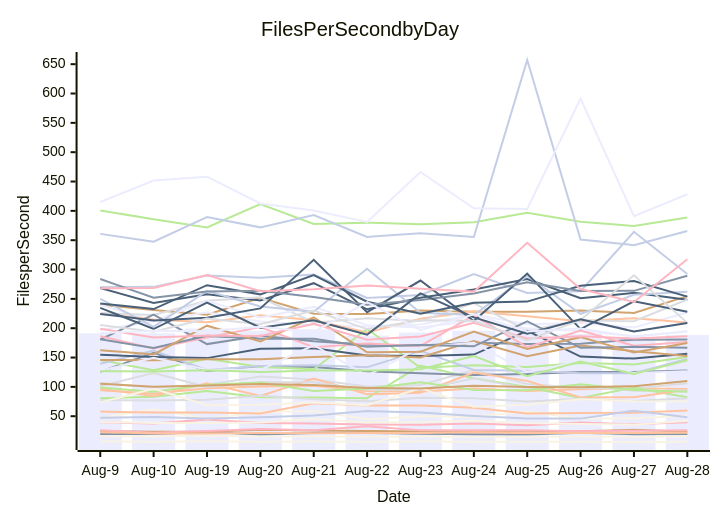
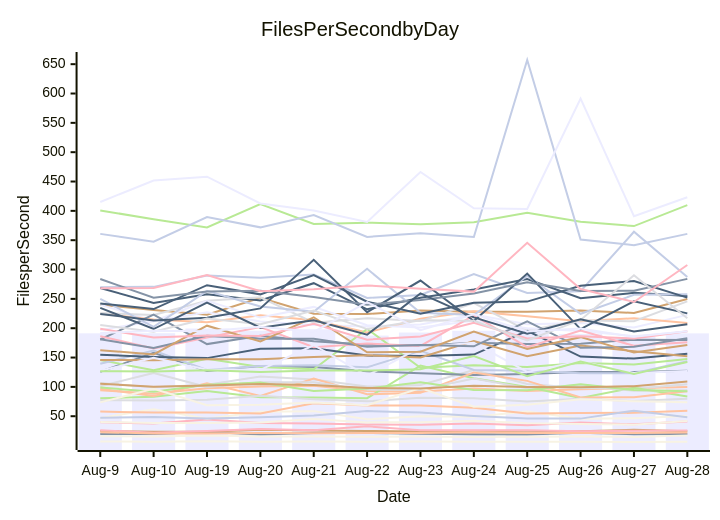
Before and after one commit to streetsidesoftware/cspell: the diagram in perf-report.md, drawn with Mermaid. The commit also changed other lines of this file and 2 other files, not shown here.

````diff
--- a/perf-report.md
+++ b/perf-report.md
@@ -11,57 +11,57 @@
 ```mermaid
 xychart-beta
     title Files Per Second by Day
     y-axis Files per Second
     x-axis Date [Aug-9, Aug-10, Aug-19, Aug-20, Aug-21, Aug-22, Aug-23, Aug-24, Aug-25, Aug-26, Aug-27, Aug-28]
-    bar [191.27, 191.48, 199.45, 195.67, 198.22, 187.40, 192.61, 195.61, 200.69, 190.24, 185.15, 188.43]
-    line [19.76, 19.87, 23.15, 18.80, 21.30, 21.70, 20.11, 19.24, 18.97, 21.74, 19.44, 19.67]
-    line [94.45, 88.13, 97.66, 100.71, 101.93, 92.80, 92.11, 97.07, 92.83, 96.14, 97.78, 96.24]
-    line [106.66, 99.38, 103.80, 117.71, 112.47, 100.50, 103.30, 128.71, 104.89, 98.28, 96.78, 106.07]
-    line [80.61, 83.15, 92.81, 82.44, 81.86, 80.75, 136.22, 114.72, 99.92, 81.00, 98.60, 82.32]
-    line [239.79, 231.09, 223.10, 252.00, 224.60, 224.17, 230.06, 227.93, 228.22, 229.99, 225.97, 254.72]
-    line [269.81, 270.47, 289.77, 286.14, 291.59, 251.52, 256.69, 292.19, 260.02, 262.94, 364.38, 292.31]
-    line [39.52, 37.52, 44.46, 38.46, 37.42, 35.96, 35.65, 37.61, 34.82, 39.47, 36.12, 39.62]
-    line [268.54, 243.09, 257.77, 247.18, 276.72, 232.23, 252.08, 266.01, 283.94, 251.01, 260.27, 248.33]
-    line [6.78, 6.60, 7.51, 6.38, 6.72, 6.55, 6.77, 6.55, 6.58, 6.64, 6.06, 6.51]
-    line [240.17, 211.99, 227.00, 211.38, 205.51, 203.10, 206.43, 223.33, 206.89, 208.72, 201.20, 226.82]
-    line [125.68, 158.27, 127.25, 135.61, 133.76, 126.70, 123.28, 120.42, 121.90, 125.42, 125.26, 127.98]
-    line [225.24, 214.74, 210.02, 221.88, 213.58, 192.56, 216.27, 228.68, 220.47, 211.98, 216.89, 209.65]
-    line [225.91, 222.58, 246.74, 252.74, 209.47, 217.12, 212.13, 242.98, 195.81, 213.43, 211.78, 248.99]
-    line [145.75, 128.32, 148.05, 133.76, 130.09, 198.58, 132.66, 136.89, 133.84, 140.74, 138.14, 151.08]
-    line [24.65, 23.72, 23.68, 26.94, 25.51, 24.79, 23.76, 23.53, 22.75, 24.32, 26.78, 23.32]
-    line [139.45, 161.93, 128.87, 135.71, 136.66, 133.36, 161.38, 128.87, 127.62, 123.35, 123.11, 147.46]
-    line [25.95, 22.03, 24.86, 28.29, 26.21, 32.71, 26.20, 26.09, 26.00, 24.43, 25.37, 25.96]
-    line [154.75, 150.93, 149.02, 164.86, 165.64, 153.35, 152.64, 155.02, 195.52, 151.70, 148.17, 156.56]
-    line [15.80, 15.53, 17.25, 15.28, 15.49, 14.84, 15.46, 14.39, 15.01, 15.63, 14.69, 16.01]
-    line [196.97, 211.99, 246.59, 218.10, 236.31, 204.94, 201.38, 212.81, 200.01, 195.34, 186.50, 194.55]
-    line [180.75, 223.35, 172.94, 187.16, 177.68, 172.01, 170.49, 175.09, 173.22, 173.59, 180.48, 180.79]
-    line [96.93, 84.41, 106.12, 84.61, 114.12, 87.31, 89.99, 124.55, 110.24, 81.92, 82.24, 95.16]
-    line [77.16, 76.75, 77.91, 84.91, 78.76, 75.34, 81.46, 80.77, 74.97, 79.78, 75.90, 80.63]
-    line [400.74, 385.62, 371.65, 411.46, 377.61, 379.88, 377.18, 380.64, 396.91, 381.52, 374.08, 388.74]
-    line [145.79, 145.58, 147.10, 147.08, 151.07, 153.94, 150.27, 178.09, 152.08, 170.66, 160.71, 152.84]
-    line [249.96, 202.34, 263.67, 236.99, 228.06, 301.20, 226.40, 222.40, 289.06, 224.56, 256.87, 262.17]
-    line [186.27, 165.43, 184.07, 202.12, 167.51, 173.85, 169.85, 221.75, 167.75, 195.90, 170.00, 176.62]
-    line [224.37, 213.27, 217.89, 233.79, 316.48, 227.32, 281.23, 212.31, 293.11, 198.49, 245.94, 227.97]
-    line [47.00, 61.84, 45.89, 57.63, 58.67, 44.77, 49.92, 49.06, 57.90, 45.60, 46.71, 50.73]
-    line [127.47, 149.55, 129.16, 129.10, 170.99, 119.13, 167.47, 175.06, 125.57, 143.51, 123.67, 126.63]
-    line [181.18, 166.12, 186.93, 181.85, 181.88, 168.34, 171.35, 169.12, 211.70, 166.64, 168.34, 166.66]
-    line [57.90, 56.15, 56.35, 54.76, 71.89, 68.47, 68.09, 64.39, 54.76, 55.64, 55.71, 59.62]
-    line [101.07, 123.80, 99.87, 108.06, 107.98, 95.34, 94.96, 114.12, 97.84, 103.09, 93.25, 93.93]
-    line [98.84, 91.76, 103.43, 107.49, 93.08, 97.11, 107.90, 94.53, 94.47, 104.38, 94.67, 91.68]
-    line [162.48, 155.40, 204.32, 177.59, 218.64, 159.00, 159.79, 194.26, 164.45, 184.75, 158.60, 174.61]
-    line [360.76, 347.31, 389.41, 371.89, 392.82, 355.53, 361.83, 355.43, 657.12, 351.25, 341.51, 365.53]
-    line [198.91, 184.05, 187.41, 186.67, 207.48, 180.49, 185.92, 209.38, 182.67, 186.49, 182.43, 186.13]
-    line [242.10, 232.62, 273.32, 257.69, 290.62, 245.10, 224.83, 243.49, 245.36, 272.30, 280.33, 253.77]
-    line [73.60, 96.61, 68.89, 69.48, 73.38, 68.77, 97.84, 66.15, 69.59, 78.77, 75.57, 75.12]
-    line [415.14, 451.69, 458.22, 412.53, 400.53, 380.98, 466.37, 404.40, 403.18, 591.49, 390.96, 428.24]
-    line [283.77, 252.09, 262.36, 263.68, 253.37, 240.18, 248.22, 259.20, 278.18, 263.50, 263.68, 289.46]
-    line [22.84, 20.59, 20.47, 21.22, 20.90, 21.42, 21.40, 22.88, 21.36, 21.22, 21.19, 21.79]
-    line [205.56, 193.98, 216.67, 206.61, 230.20, 198.53, 213.69, 212.64, 179.07, 214.07, 290.22, 209.09]
-    line [126.64, 126.17, 128.45, 125.27, 127.94, 127.77, 130.20, 152.67, 118.34, 143.02, 122.15, 145.40]
-    line [105.46, 100.11, 102.43, 104.89, 103.21, 98.21, 97.36, 101.78, 100.00, 99.58, 101.28, 109.89]
-    line [47.26, 48.66, 46.00, 48.26, 51.42, 58.83, 56.30, 50.38, 45.97, 45.91, 59.43, 48.34]
-    line [268.09, 268.70, 290.78, 262.94, 266.60, 272.93, 267.45, 262.37, 345.57, 266.69, 244.68, 317.68]
-    line [234.76, 198.61, 243.75, 200.90, 213.71, 188.91, 259.37, 218.53, 190.79, 215.33, 194.36, 209.04]
-    line [39.98, 38.63, 38.64, 39.11, 45.24, 39.50, 39.66, 42.07, 38.23, 36.94, 35.58, 42.23]
-    line [192.03, 195.48, 194.87, 202.54, 193.62, 244.63, 196.70, 223.56, 194.58, 199.46, 185.25, 194.62]
+    bar [191.27, 191.48, 199.45, 195.67, 198.22, 187.40, 192.61, 195.61, 200.69, 190.24, 185.15, 191.23]
+    line [19.76, 19.87, 23.15, 18.80, 21.30, 21.70, 20.11, 19.24, 18.97, 21.74, 19.44, 19.50]
+    line [94.45, 88.13, 97.66, 100.71, 101.93, 92.80, 92.11, 97.07, 92.83, 96.14, 97.78, 99.79]
+    line [106.66, 99.38, 103.80, 117.71, 112.47, 100.50, 103.30, 128.71, 104.89, 98.28, 96.78, 104.60]
+    line [80.61, 83.15, 92.81, 82.44, 81.86, 80.75, 136.22, 114.72, 99.92, 81.00, 98.60, 83.62]
+    line [239.79, 231.09, 223.10, 252.00, 224.60, 224.17, 230.06, 227.93, 228.22, 229.99, 225.97, 249.68]
+    line [269.81, 270.47, 289.77, 286.14, 291.59, 251.52, 256.69, 292.19, 260.02, 262.94, 364.38, 287.21]
+    line [39.52, 37.52, 44.46, 38.46, 37.42, 35.96, 35.65, 37.61, 34.82, 39.47, 36.12, 40.86]
+    line [268.54, 243.09, 257.77, 247.18, 276.72, 232.23, 252.08, 266.01, 283.94, 251.01, 260.27, 254.92]
+    line [6.78, 6.60, 7.51, 6.38, 6.72, 6.55, 6.77, 6.55, 6.58, 6.64, 6.06, 6.53]
+    line [240.17, 211.99, 227.00, 211.38, 205.51, 203.10, 206.43, 223.33, 206.89, 208.72, 201.20, 222.72]
+    line [125.68, 158.27, 127.25, 135.61, 133.76, 126.70, 123.28, 120.42, 121.90, 125.42, 125.26, 127.33]
+    line [225.24, 214.74, 210.02, 221.88, 213.58, 192.56, 216.27, 228.68, 220.47, 211.98, 216.89, 208.83]
+    line [225.91, 222.58, 246.74, 252.74, 209.47, 217.12, 212.13, 242.98, 195.81, 213.43, 211.78, 245.83]
+    line [145.75, 128.32, 148.05, 133.76, 130.09, 198.58, 132.66, 136.89, 133.84, 140.74, 138.14, 147.54]
+    line [24.65, 23.72, 23.68, 26.94, 25.51, 24.79, 23.76, 23.53, 22.75, 24.32, 26.78, 24.44]
+    line [139.45, 161.93, 128.87, 135.71, 136.66, 133.36, 161.38, 128.87, 127.62, 123.35, 123.11, 143.71]
+    line [25.95, 22.03, 24.86, 28.29, 26.21, 32.71, 26.20, 26.09, 26.00, 24.43, 25.37, 25.72]
+    line [154.75, 150.93, 149.02, 164.86, 165.64, 153.35, 152.64, 155.02, 195.52, 151.70, 148.17, 156.31]
+    line [15.80, 15.53, 17.25, 15.28, 15.49, 14.84, 15.46, 14.39, 15.01, 15.63, 14.69, 17.08]
+    line [196.97, 211.99, 246.59, 218.10, 236.31, 204.94, 201.38, 212.81, 200.01, 195.34, 186.50, 194.59]
+    line [180.75, 223.35, 172.94, 187.16, 177.68, 172.01, 170.49, 175.09, 173.22, 173.59, 180.48, 179.74]
+    line [96.93, 84.41, 106.12, 84.61, 114.12, 87.31, 89.99, 124.55, 110.24, 81.92, 82.24, 92.49]
+    line [77.16, 76.75, 77.91, 84.91, 78.76, 75.34, 81.46, 80.77, 74.97, 79.78, 75.90, 79.64]
+    line [400.74, 385.62, 371.65, 411.46, 377.61, 379.88, 377.18, 380.64, 396.91, 381.52, 374.08, 409.79]
+    line [145.79, 145.58, 147.10, 147.08, 151.07, 153.94, 150.27, 178.09, 152.08, 170.66, 160.71, 152.01]
+    line [249.96, 202.34, 263.67, 236.99, 228.06, 301.20, 226.40, 222.40, 289.06, 224.56, 256.87, 257.70]
+    line [186.27, 165.43, 184.07, 202.12, 167.51, 173.85, 169.85, 221.75, 167.75, 195.90, 170.00, 175.89]
+    line [224.37, 213.27, 217.89, 233.79, 316.48, 227.32, 281.23, 212.31, 293.11, 198.49, 245.94, 225.24]
+    line [47.00, 61.84, 45.89, 57.63, 58.67, 44.77, 49.92, 49.06, 57.90, 45.60, 46.71, 50.51]
+    line [127.47, 149.55, 129.16, 129.10, 170.99, 119.13, 167.47, 175.06, 125.57, 143.51, 123.67, 127.21]
+    line [181.18, 166.12, 186.93, 181.85, 181.88, 168.34, 171.35, 169.12, 211.70, 166.64, 168.34, 182.86]
+    line [57.90, 56.15, 56.35, 54.76, 71.89, 68.47, 68.09, 64.39, 54.76, 55.64, 55.71, 59.28]
+    line [101.07, 123.80, 99.87, 108.06, 107.98, 95.34, 94.96, 114.12, 97.84, 103.09, 93.25, 94.27]
+    line [98.84, 91.76, 103.43, 107.49, 93.08, 97.11, 107.90, 94.53, 94.47, 104.38, 94.67, 92.38]
+    line [162.48, 155.40, 204.32, 177.59, 218.64, 159.00, 159.79, 194.26, 164.45, 184.75, 158.60, 171.47]
+    line [360.76, 347.31, 389.41, 371.89, 392.82, 355.53, 361.83, 355.43, 657.12, 351.25, 341.51, 360.76]
+    line [198.91, 184.05, 187.41, 186.67, 207.48, 180.49, 185.92, 209.38, 182.67, 186.49, 182.43, 194.97]
+    line [242.10, 232.62, 273.32, 257.69, 290.62, 245.10, 224.83, 243.49, 245.36, 272.30, 280.33, 252.18]
+    line [73.60, 96.61, 68.89, 69.48, 73.38, 68.77, 97.84, 66.15, 69.59, 78.77, 75.57, 73.80]
+    line [415.14, 451.69, 458.22, 412.53, 400.53, 380.98, 466.37, 404.40, 403.18, 591.49, 390.96, 423.25]
+    line [283.77, 252.09, 262.36, 263.68, 253.37, 240.18, 248.22, 259.20, 278.18, 263.50, 263.68, 284.05]
+    line [22.84, 20.59, 20.47, 21.22, 20.90, 21.42, 21.40, 22.88, 21.36, 21.22, 21.19, 22.04]
+    line [205.56, 193.98, 216.67, 206.61, 230.20, 198.53, 213.69, 212.64, 179.07, 214.07, 290.22, 216.81]
+    line [126.64, 126.17, 128.45, 125.27, 127.94, 127.77, 130.20, 152.67, 118.34, 143.02, 122.15, 142.33]
+    line [105.46, 100.11, 102.43, 104.89, 103.21, 98.21, 97.36, 101.78, 100.00, 99.58, 101.28, 109.08]
+    line [47.26, 48.66, 46.00, 48.26, 51.42, 58.83, 56.30, 50.38, 45.97, 45.91, 59.43, 48.16]
+    line [268.09, 268.70, 290.78, 262.94, 266.60, 272.93, 267.45, 262.37, 345.57, 266.69, 244.68, 307.76]
+    line [234.76, 198.61, 243.75, 200.90, 213.71, 188.91, 259.37, 218.53, 190.79, 215.33, 194.36, 206.72]
+    line [39.98, 38.63, 38.64, 39.11, 45.24, 39.50, 39.66, 42.07, 38.23, 36.94, 35.58, 41.81]
+    line [192.03, 195.48, 194.87, 202.54, 193.62, 244.63, 196.70, 223.56, 194.58, 199.46, 185.25, 194.89]
 ```
````
